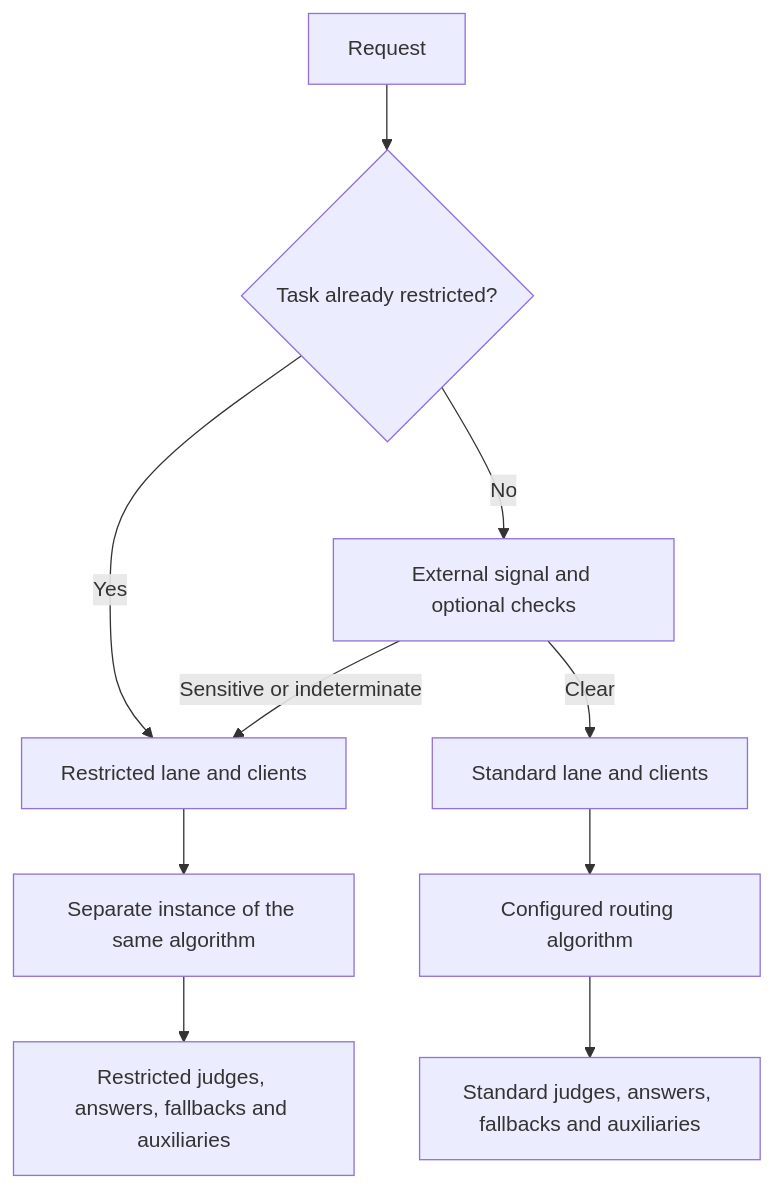
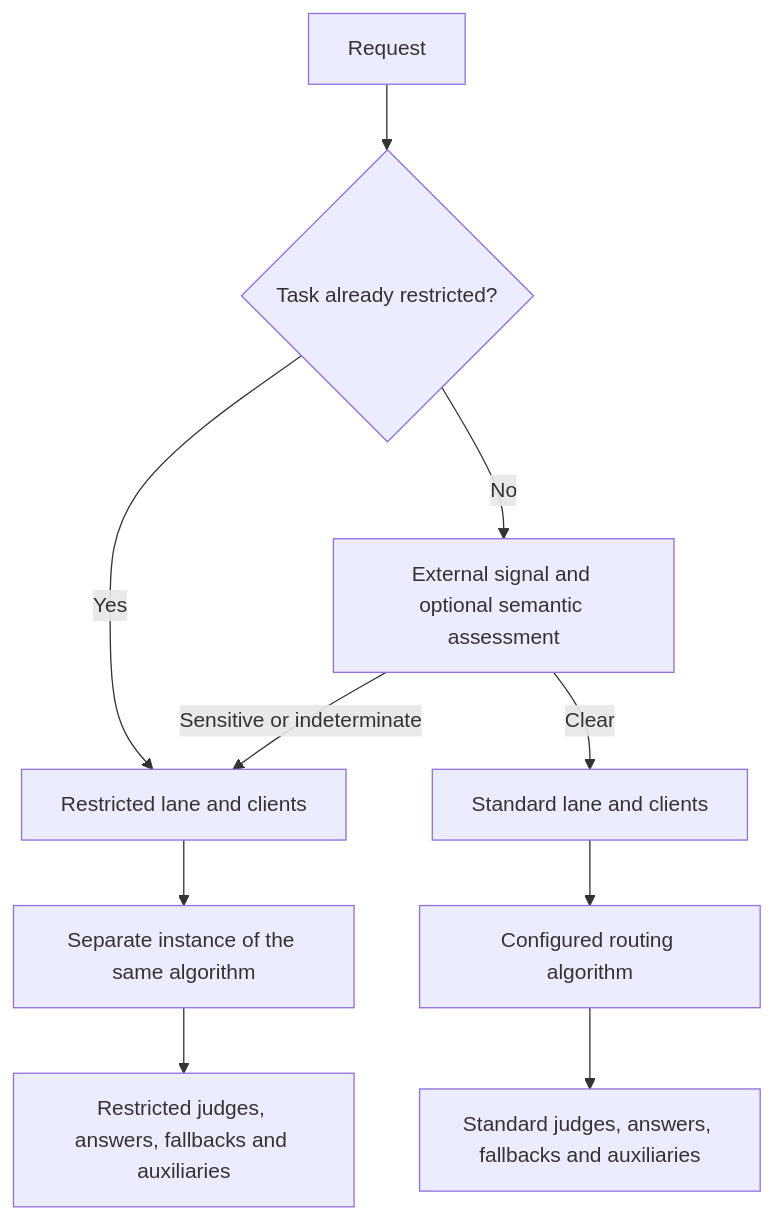
Before and after one commit to afourniernv/Switchyard: the diagram in docs/internal/privacy-routing-spike.md, drawn with Mermaid. The commit also changed other lines of this file and 8 other files, not shown here.

````diff
--- a/docs/internal/privacy-routing-spike.md
+++ b/docs/internal/privacy-routing-spike.md
@@ -23,12 +23,12 @@
 ```mermaid
 flowchart TD
     R[Request] --> T{Task already restricted?}
     T -->|Yes| P[Restricted lane and clients]
-    T -->|No| C[External signal and optional checks]
+    T -->|No| C[External signal and optional semantic assessment]
     C -->|Clear| S[Standard lane and clients]
     C -->|Sensitive or indeterminate| P
     S --> A[Configured routing algorithm]
     P --> B[Separate instance of the same algorithm]
     A --> SM[Standard judges, answers, fallbacks and auxiliaries]
     B --> PM[Restricted judges, answers, fallbacks and auxiliaries]
 ```
````
